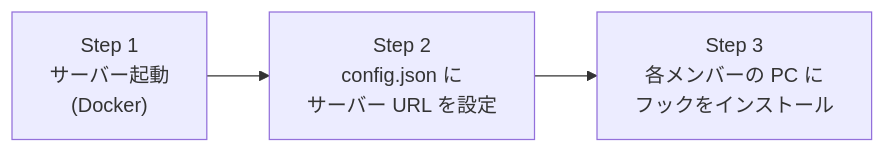
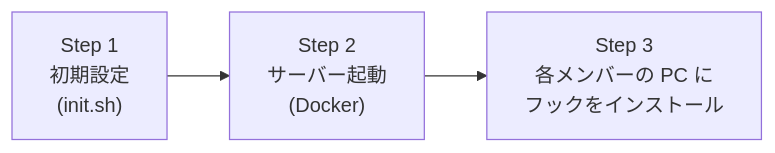
Before and after one commit to thirai-classlab/claude-activity-tracker: the second of 4 diagrams in README.md, drawn with Mermaid. The commit also changed other lines of this file and 16 other files, not shown here.

First line of the commit message:
Rename hooks to aidd-log-* prefix, add init.sh and config.json.example

````diff
--- a/README.md
+++ b/README.md
@@ -85,5 +85,5 @@
 ```mermaid
 graph LR
-    A["Step 1<br/>サーバー起動<br/>(Docker)"] --> B["Step 2<br/>config.json に<br/>サーバー URL を設定"]
+    A["Step 1<br/>初期設定<br/>(init.sh)"] --> B["Step 2<br/>サーバー起動<br/>(Docker)"]
     B --> C["Step 3<br/>各メンバーの PC に<br/>フックをインストール"]
 ```
````
